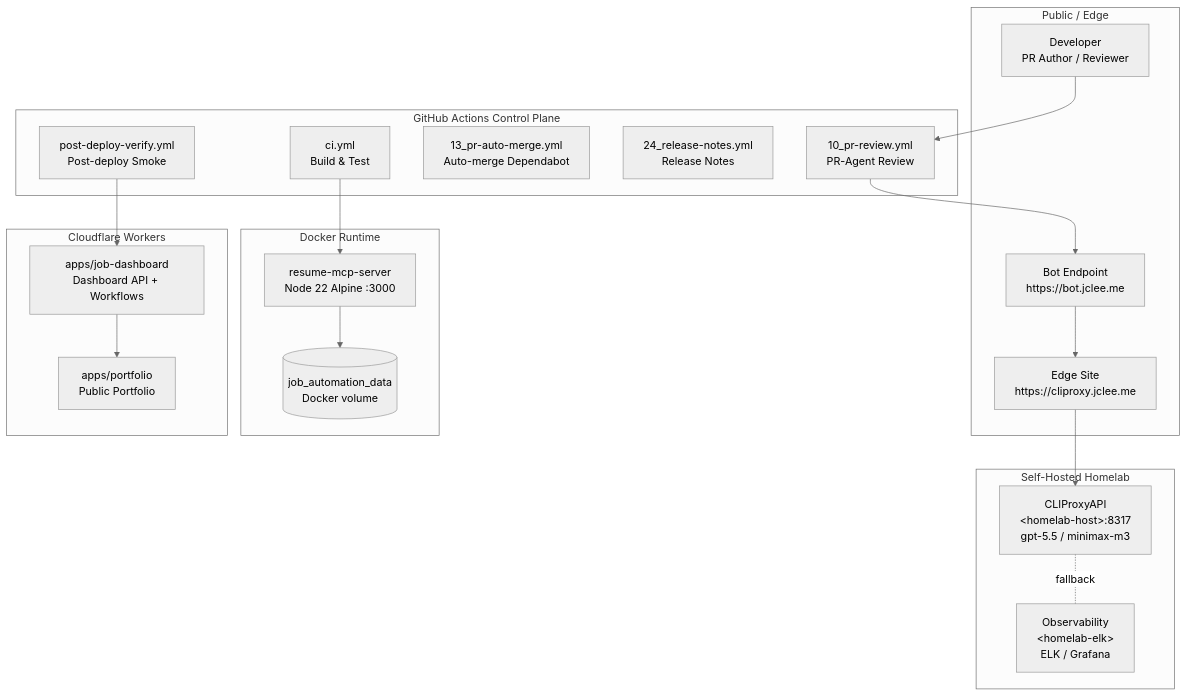
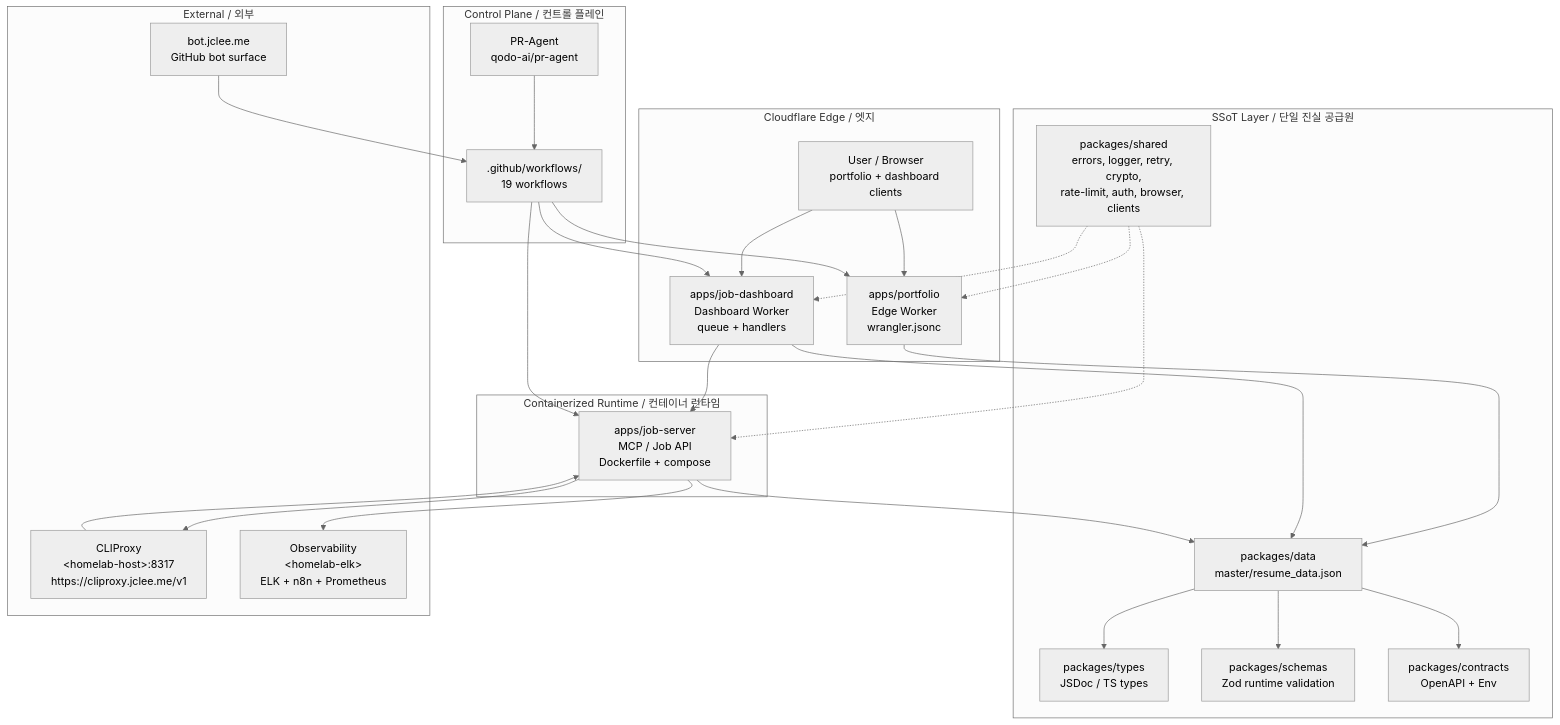
The diagram in README.md (jclee941/resume), drawn with Mermaid (neutral theme) before and after one commit. The commit also changed other lines of this file, not shown here.

Commit message:
docs: auto-update README.md (#955)

````diff
--- a/README.md
+++ b/README.md
@@ -77,41 +83,52 @@
 ```mermaid
 flowchart TB
-    subgraph Public["Public / Edge"]
-        Dev["Developer<br/>PR Author / Reviewer"]
-        Site["Edge Site<br/>https://cliproxy.jclee.me"]
-        Bot["Bot Endpoint<br/>https://bot.jclee.me"]
-    end
+  subgraph EDGE["Cloudflare Edge / 엣지"]
+    User["User / Browser<br/>portfolio + dashboard clients"]
+    Portfolio["apps/portfolio<br/>Edge Worker<br/>wrangler.jsonc"]
+    Dashboard["apps/job-dashboard<br/>Dashboard Worker<br/>queue + handlers"]
+  end
 
-    subgraph GH["GitHub Actions Control Plane"]
-        CI["ci.yml<br/>Build &amp; Test"]
-        Review["10_pr-review.yml<br/>PR-Agent Review"]
-        Merge["13_pr-auto-merge.yml<br/>Auto-merge Dependabot"]
-        Release["24_release-notes.yml<br/>Release Notes"]
-        Verify["post-deploy-verify.yml<br/>Post-deploy Smoke"]
-    end
+  subgraph RUNTIME["Containerized Runtime / 컨테이너 런타임"]
+    Server["apps/job-server<br/>MCP / Job API<br/>Dockerfile + compose"]
+  end
 
-    subgraph Homelab["Self-Hosted Homelab"]
-        Proxy["CLIProxyAPI<br/>&lt;homelab-host&gt;:8317<br/>gpt-5.5 / minimax-m3"]
-        Obs["Observability<br/>&lt;homelab-elk&gt;<br/>ELK / Grafana"]
-    end
+  subgraph SSOT["SSoT Layer / 단일 진실 공급원"]
+    Data["packages/data<br/>master/resume_data.json"]
+    Types["packages/types<br/>JSDoc / TS types"]
+    Schemas["packages/schemas<br/>Zod runtime validation"]
+    Contracts["packages/contracts<br/>OpenAPI + Env"]
+    Shared["packages/shared<br/>errors, logger, retry, crypto,<br/>rate-limit, auth, browser, clients"]
+  end
 
-    subgraph Docker["Docker Runtime"]
-        MCP["resume-mcp-server<br/>Node 22 Alpine :3000"]
-        Vol[("job_automation_data<br/>Docker volume")]
-    end
+  subgraph EXTERNAL["External / 외부"]
+    Proxy["CLIProxy<br/>&lt;homelab-host&gt;:8317<br/>https://cliproxy.jclee.me/v1"]
+    ELK["Observability<br/>&lt;homelab-elk&gt;<br/>ELK + n8n + Prometheus"]
+    Bot["bot.jclee.me<br/>GitHub bot surface"]
+  end
 
-    subgraph CF["Cloudflare Workers"]
-        Port["apps/portfolio<br/>Public Portfolio"]
-        Dash["apps/job-dashboard<br/>Dashboard API + Workflows"]
-    end
+  subgraph CONTROL["Control Plane / 컨트롤 플레인"]
+    GH[".github/workflows/<br/>19 workflows"]
+    PRAgent["PR-Agent<br/>qodo-ai/pr-agent"]
+  end
 
-    Dev --> Review
-    Review --> Bot
-    Bot --> Site
-    Site --> Proxy
-    Proxy -.fallback.- Obs
-    CI --> MCP
-    MCP --> Vol
-    Verify --> Dash
-    Dash --> Port
+  User --> Portfolio
+  User --> Dashboard
+  Dashboard --> Server
+  Server --> Proxy
+  Server --> ELK
+  Portfolio --> Data
+  Dashboard --> Data
+  Server --> Data
+  Data --> Types
+  Data --> Schemas
+  Data --> Contracts
+  Shared -.-> Server
+  Shared -.-> Dashboard
+  Shared -.-> Portfolio
+  GH --> Server
+  GH --> Portfolio
+  GH --> Dashboard
+  PRAgent --> GH
+  Bot --> GH
+  Proxy --> Server
 ```
````
